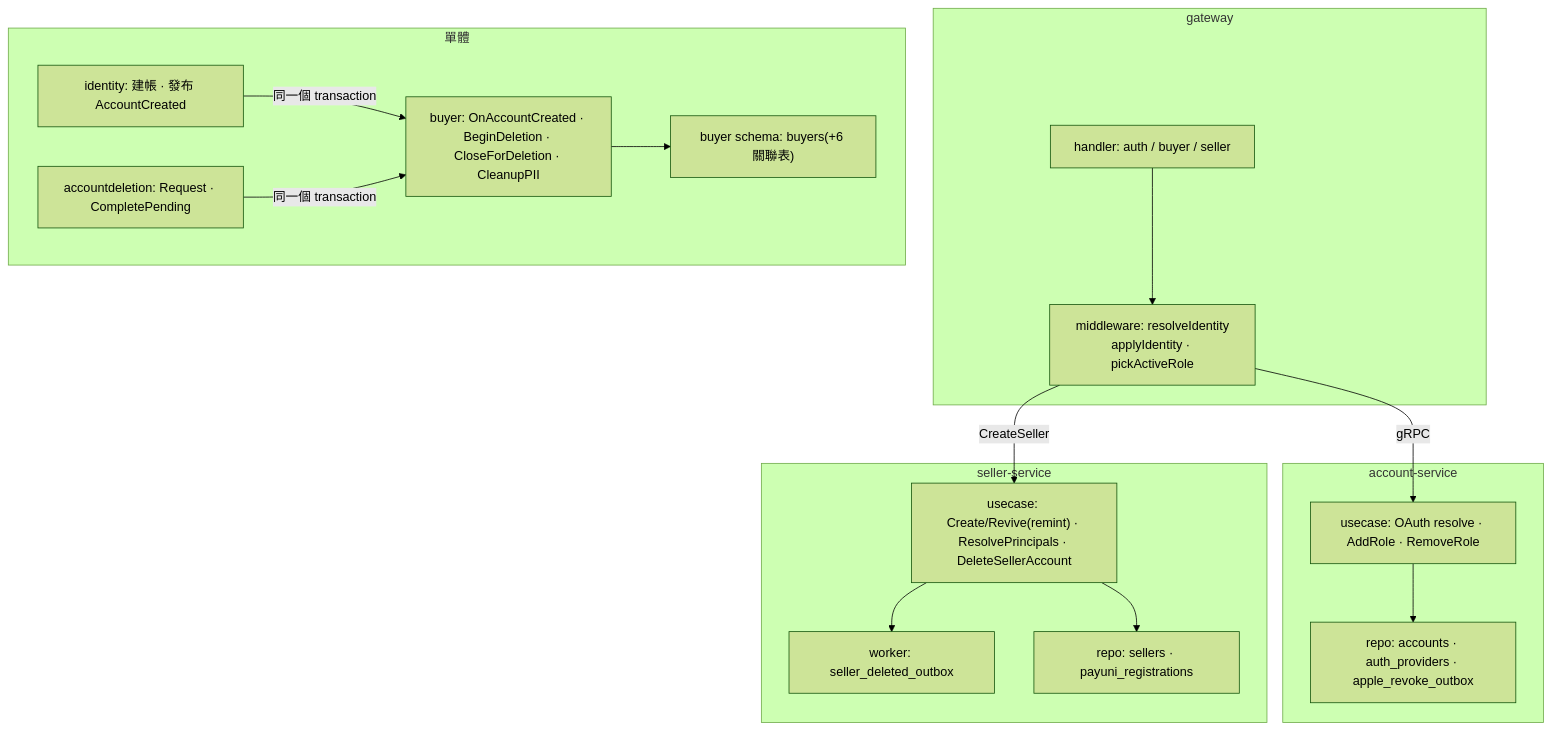
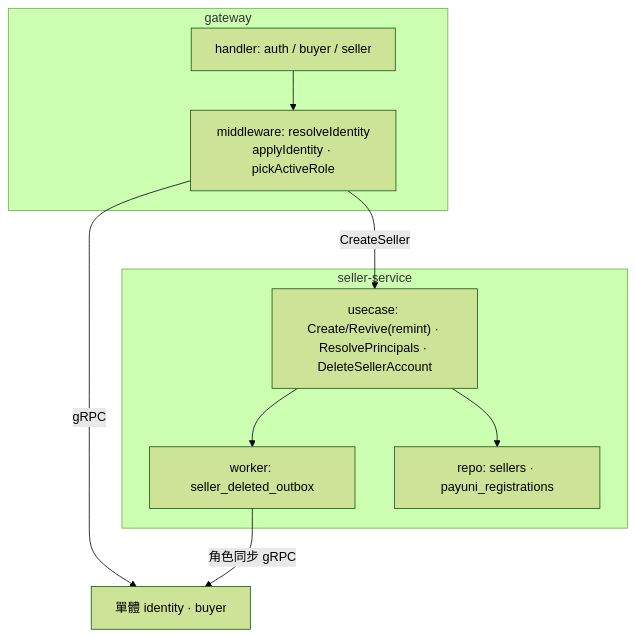
The second of 4 diagrams in backend/docs/詳細設計書/44-帳號與賣家買家身份模型（Account & Seller-Buyer Identity）詳細設計書.md (Will413028/hawkr), drawn with Mermaid (forest theme) before and after one commit. The commit also changed other lines of this file and 8 other files, not shown here.

````diff
--- a/backend/docs/詳細設計書/44-帳號與賣家買家身份模型（Account & Seller-Buyer Identity）詳細設計書.md
+++ b/backend/docs/詳細設計書/44-帳號與賣家買家身份模型（Account & Seller-Buyer Identity）詳細設計書.md
@@ -126,31 +114,19 @@
 ```mermaid
 flowchart TB
   subgraph GW["gateway"]
     MW["middleware: resolveIdentity<br/>applyIdentity · pickActiveRole"]
     H["handler: auth / buyer / seller"]
   end
-  subgraph ACCT["account-service"]
-    AUC["usecase: OAuth resolve · AddRole · RemoveRole"]
-    AREPO["repo: accounts · auth_providers · apple_revoke_outbox"]
-  end
   subgraph SELLER["seller-service"]
     SUC["usecase: Create/Revive(remint) · ResolvePrincipals · DeleteSellerAccount"]
     SW["worker: seller_deleted_outbox"]
     SREPO["repo: sellers · payuni_registrations"]
   end
-  subgraph MONO["單體"]
-    ID["identity: 建帳 · 發布 AccountCreated"]
-    BUC["buyer: OnAccountCreated · BeginDeletion · CloseForDeletion · CleanupPII"]
-    DEL["accountdeletion: Request · CompletePending"]
-    BREPO["buyer schema: buyers(+6 關聯表)"]
-  end
+  MONO["單體 identity · buyer"]
   H --> MW
-  MW -->|gRPC| AUC
   MW -->|CreateSeller| SUC
-  AUC --> AREPO
+  MW -->|gRPC| MONO
   SUC --> SREPO
   SUC --> SW
-  ID -->|同一個 transaction| BUC
-  DEL -->|同一個 transaction| BUC
-  BUC --> BREPO
+  SW -->|角色同步 gRPC| MONO
 ```
````
